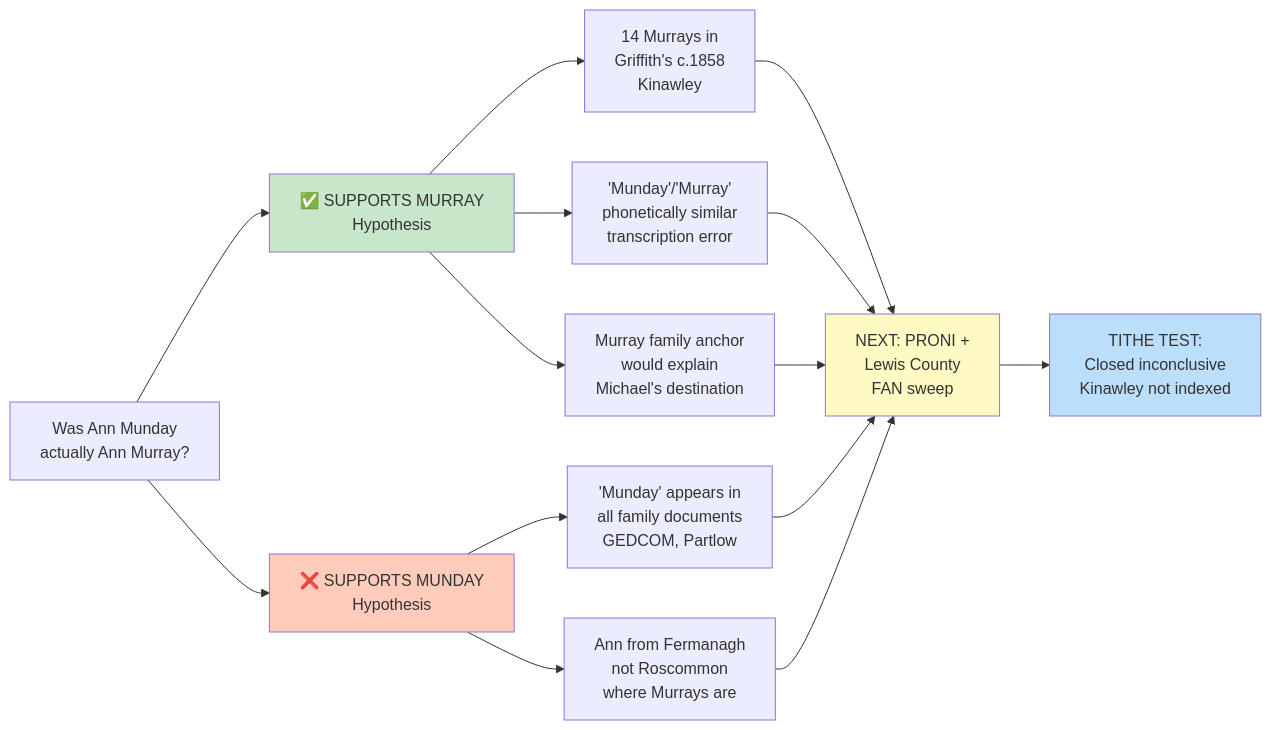
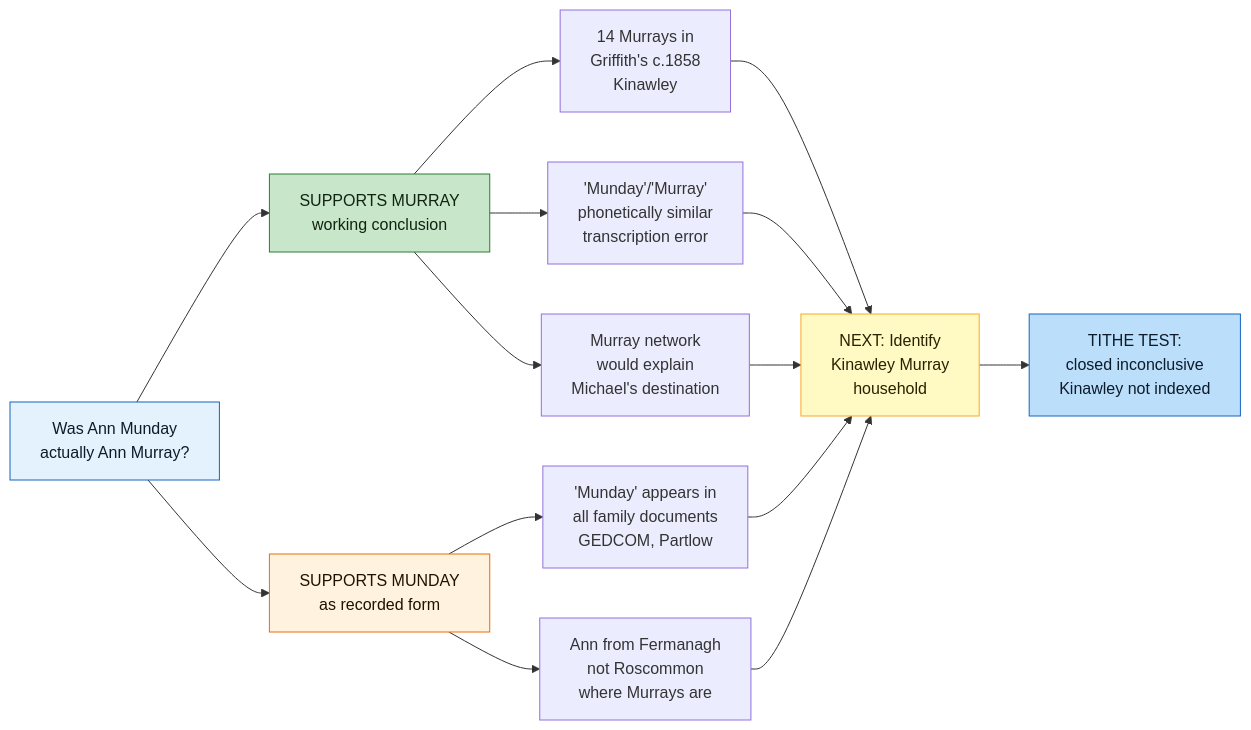
Before and after one commit to zcopley/copley-family-research: the second of 2 diagrams in People/Ann Copley.md, drawn with Mermaid. The commit also changed other lines of this file and 29 other files, not shown here.

````diff
--- a/People/Ann Copley.md
+++ b/People/Ann Copley.md
@@ -75,30 +82,31 @@
 ```mermaid
 graph LR
     QUEST["Was Ann Munday<br/>actually Ann Murray?"]
     
-    FOR["✅ SUPPORTS MURRAY<br/>Hypothesis"]
-    AGAINST["❌ SUPPORTS MUNDAY<br/>Hypothesis"]
+    FOR["SUPPORTS MURRAY<br/>working conclusion"]
+    AGAINST["SUPPORTS MUNDAY<br/>as recorded form"]
     
     QUEST --> FOR
     QUEST --> AGAINST
     
     FOR --> E1["14 Murrays in<br/>Griffith's c.1858<br/>Kinawley"]
     FOR --> E2["'Munday'/'Murray'<br/>phonetically similar<br/>transcription error"]
-    FOR --> E3["Murray family anchor<br/>would explain<br/>Michael's destination"]
+    FOR --> E3["Murray network<br/>would explain<br/>Michael's destination"]
     
     AGAINST --> E4["'Munday' appears in<br/>all family documents<br/>GEDCOM, Partlow"]
     AGAINST --> E5["Ann from Fermanagh<br/>not Roscommon<br/>where Murrays are"]
     
-    E1 --> NEXT["NEXT: PRONI +<br/>Lewis County<br/>FAN sweep"]
+    E1 --> NEXT["NEXT: Identify<br/>Kinawley Murray<br/>household"]
     E2 --> NEXT
     E3 --> NEXT
     E4 --> NEXT
     E5 --> NEXT
     
-    NEXT --> TEST["TITHE TEST:<br/>Closed inconclusive<br/>Kinawley not indexed"]
+    NEXT --> TEST["TITHE TEST:<br/>closed inconclusive<br/>Kinawley not indexed"]
     
-    style FOR fill:#c8e6c9
-    style AGAINST fill:#ffccbc
-    style NEXT fill:#fff9c4
-    style TEST fill:#bbdefb
+    style QUEST fill:#e3f2fd,stroke:#1565c0,color:#0d1b2a
+    style FOR fill:#c8e6c9,stroke:#2e7d32,color:#102411
+    style AGAINST fill:#fff3e0,stroke:#ef6c00,color:#1f1300
+    style NEXT fill:#fff9c4,stroke:#f9a825,color:#2a2100
+    style TEST fill:#bbdefb,stroke:#1565c0,color:#0d1b2a
 ```
````
